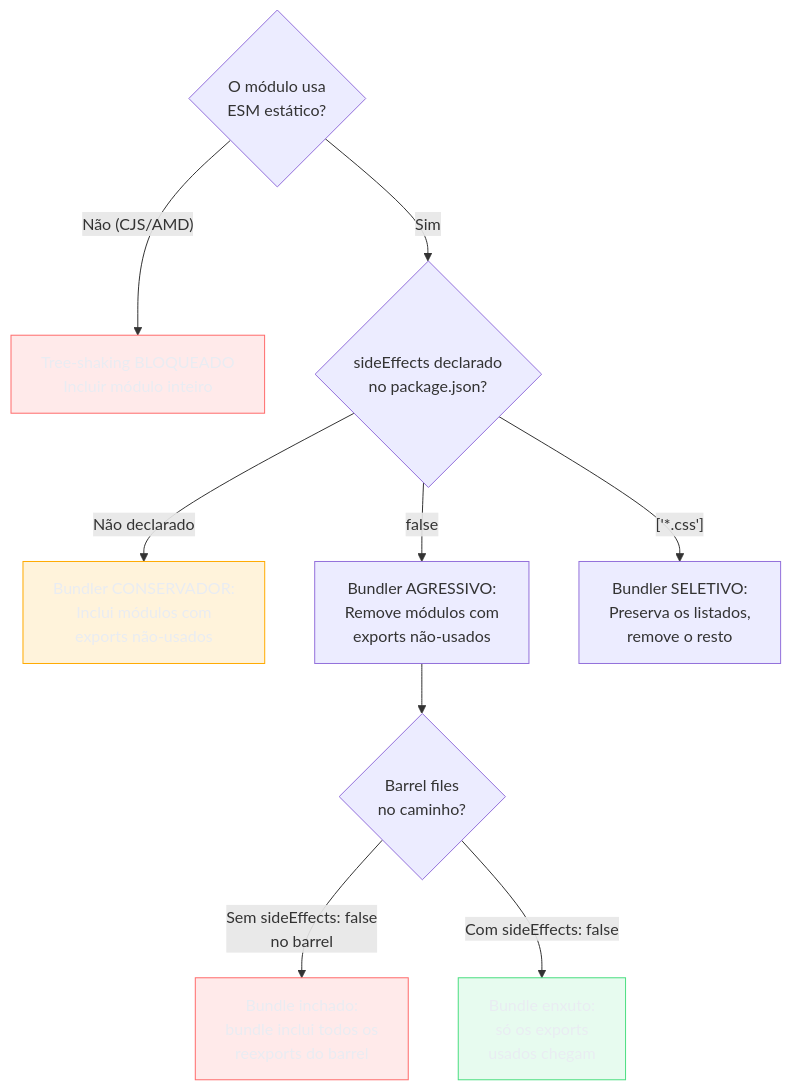
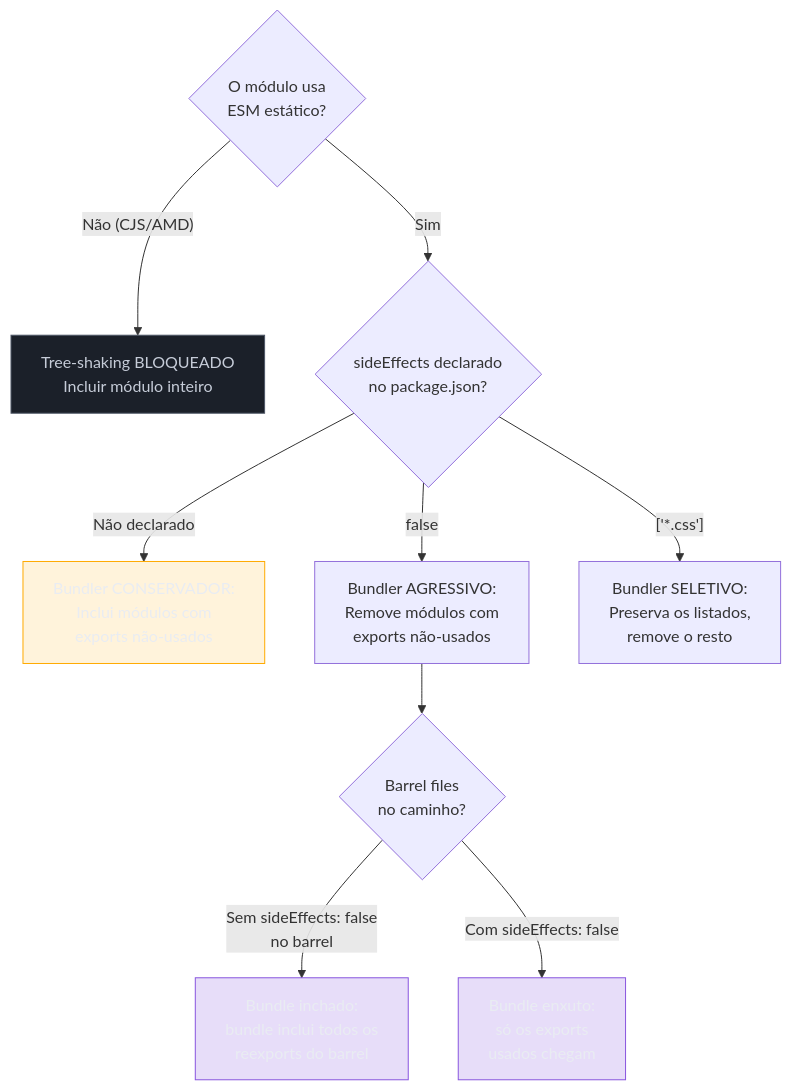
Before and after one commit to josenaldo/codex-technomanticus: the third of 8 diagrams in 03-Dominios/Tecnologia/Tooling e Build/17 - Otimização de bundle.md, drawn with Mermaid. The commit also changed other lines of this file and 601 other files, not shown here.

````diff
--- a/03-Dominios/Tecnologia/Tooling e Build/17 - Otimização de bundle.md
+++ b/03-Dominios/Tecnologia/Tooling e Build/17 - Otimização de bundle.md
@@ -319,23 +319,23 @@
 ```mermaid
 flowchart TD
-    classDef falha fill:#FF6B6B24,stroke:#FF6B6B,color:#E9ECF2
+    classDef marca fill:#8855DF33,stroke:#8855DF,color:#E9ECF2
+    classDef neutro fill:#1B2029,stroke:#4E5666,color:#C6CCD8
     classDef destaque fill:#FFAA0024,stroke:#FFAA00,color:#E9ECF2
-    classDef ok fill:#4ADE8021,stroke:#4ADE80,color:#E9ECF2
     CHECK{"O módulo usa\nESM estático?"}
 
     CHECK -->|"Não (CJS/AMD)"| BLOCKED["Tree-shaking BLOQUEADO\nIncluir módulo inteiro"]
     CHECK -->|"Sim"| SIDE{"sideEffects declarado\nno package.json?"}
 
     SIDE -->|"Não declarado"| CONSERVATIVE["Bundler CONSERVADOR:\nInclui módulos com\nexports não-usados"]
     SIDE -->|"false"| AGGRESSIVE["Bundler AGRESSIVO:\nRemove módulos com\nexports não-usados"]
     SIDE -->|"['*.css']"| SELECTIVE["Bundler SELETIVO:\nPreserva os listados,\nremove o resto"]
 
     AGGRESSIVE --> BARREL{"Barrel files\nno caminho?"}
     BARREL -->|"Sem sideEffects: false\nno barrel"| BLOATED["Bundle inchado:\nbundle inclui todos os\nreexports do barrel"]
     BARREL -->|"Com sideEffects: false"| LEAN["Bundle enxuto:\nsó os exports\nusados chegam"]
 
-    class BLOCKED falha
+    class BLOCKED neutro
     class CONSERVATIVE destaque
-    class LEAN ok
-    class BLOATED falha
+    class LEAN marca
+    class BLOATED marca
 ```
````
